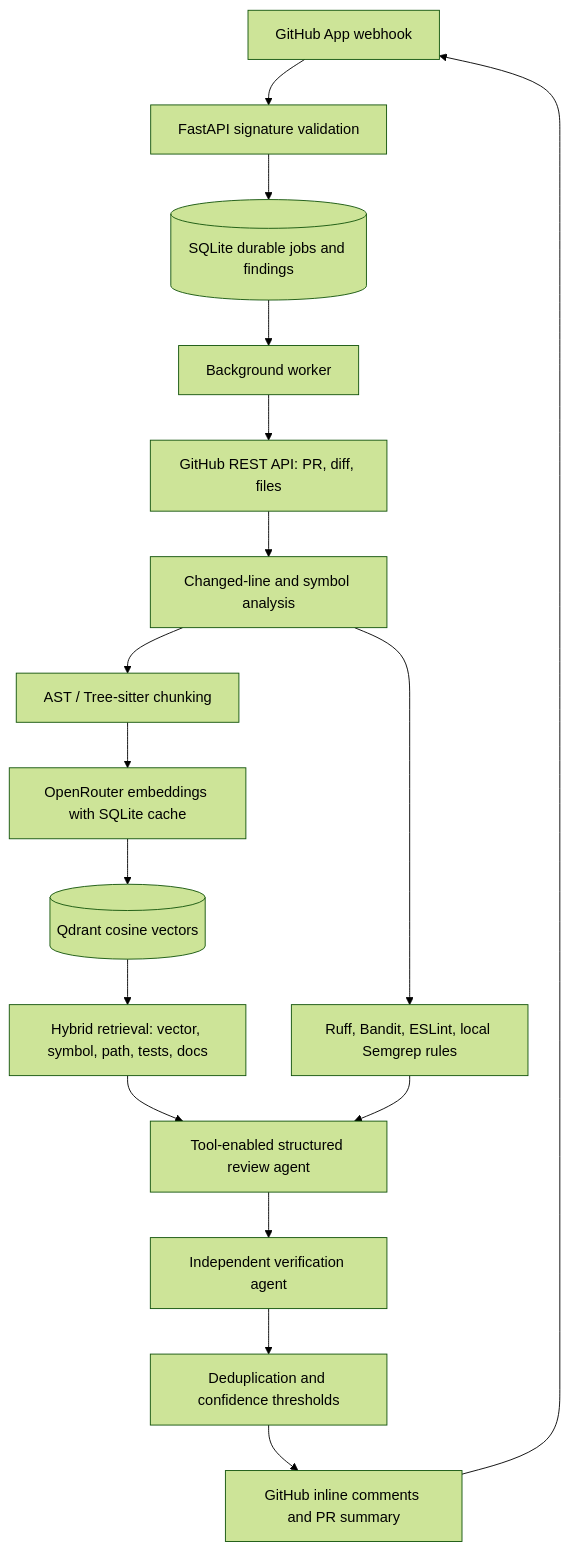
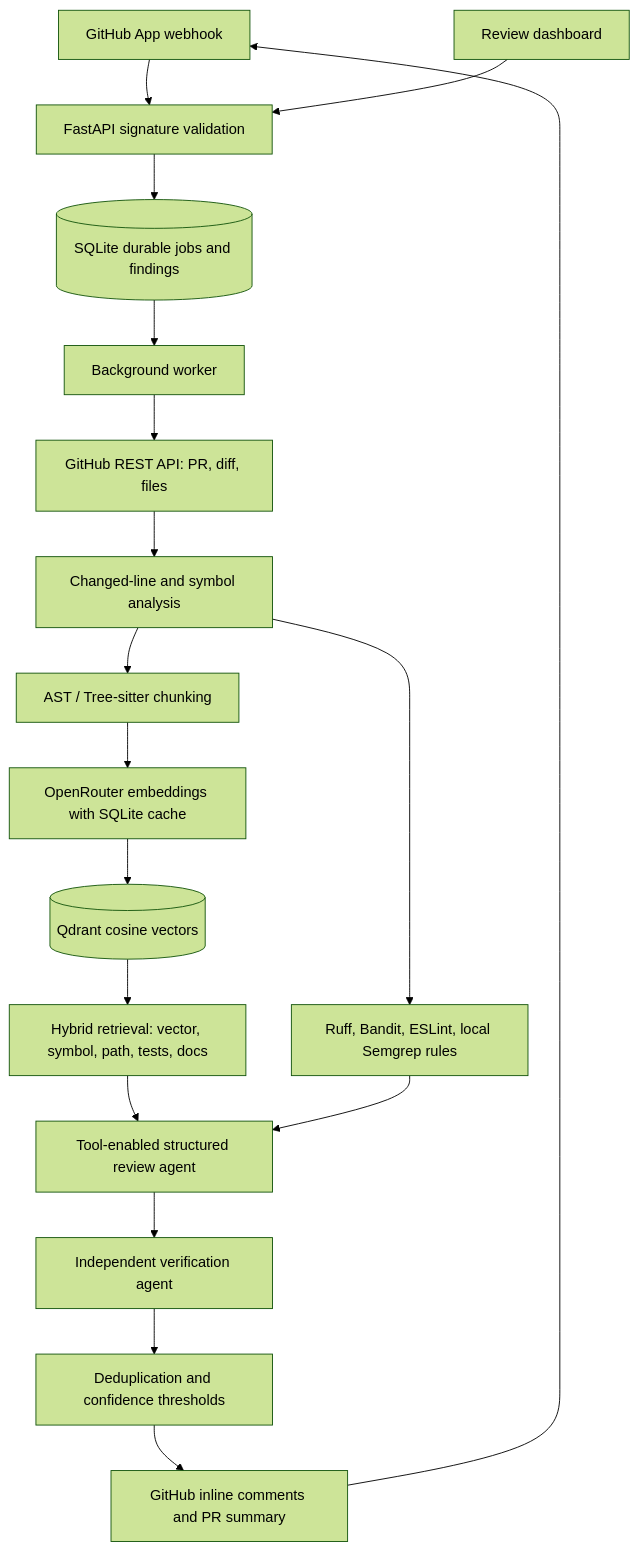
The diagram in PR-review-agent/README.md (aakash665/PR-Review-Agent), drawn with Mermaid (forest theme) before and after one commit. The commit also changed other lines of this file and 17 other files, not shown here.

First line of the commit message:
Add live PR review dashboard

````diff
--- a/PR-review-agent/README.md
+++ b/PR-review-agent/README.md
@@ -9,19 +9,20 @@
 ```mermaid
 flowchart TD
     GH[GitHub App webhook] --> API[FastAPI signature validation]
+    Browser[Review dashboard] --> API
     API --> DB[(SQLite durable jobs and findings)]
     DB --> Worker[Background worker]
     Worker --> GHAPI[GitHub REST API: PR, diff, files]
     GHAPI --> Diff[Changed-line and symbol analysis]
     Diff --> Index[AST / Tree-sitter chunking]
     Index --> Embed[OpenRouter embeddings with SQLite cache]
     Embed --> Q[(Qdrant cosine vectors)]
     Q --> Hybrid[Hybrid retrieval: vector, symbol, path, tests, docs]
     Diff --> Static[Ruff, Bandit, ESLint, local Semgrep rules]
     Hybrid --> Review[Tool-enabled structured review agent]
     Static --> Review
     Review --> Verify[Independent verification agent]
     Verify --> Dedup[Deduplication and confidence thresholds]
     Dedup --> Publish[GitHub inline comments and PR summary]
     Publish --> GH
 ```
````
